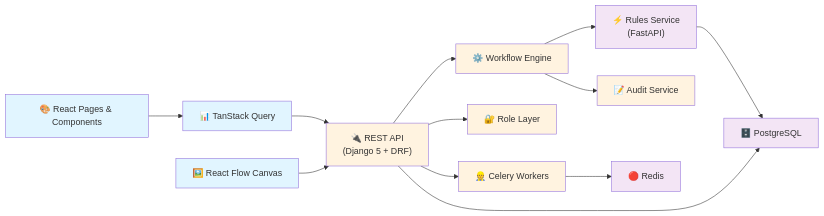
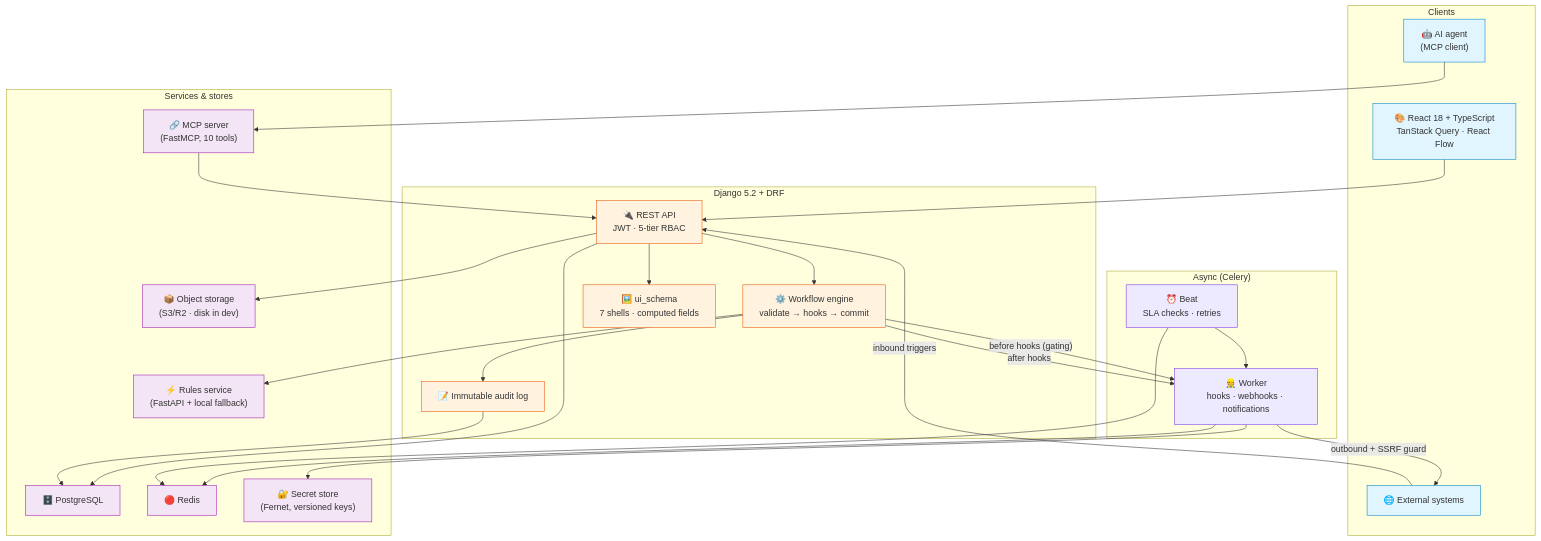
Before and after one commit to TestingCodings/FlowForge: the diagram in README.md, drawn with Mermaid. The commit also changed other lines of this file, not shown here.

````diff
--- a/README.md
+++ b/README.md
@@ -26,40 +28,60 @@
 ```mermaid
-graph LR
-    UI["🎨 React Pages & Components"]
-    TQ["📊 TanStack Query"]
-    RF["🖼️ React Flow Canvas"]
-    
-    API["🔌 REST API<br/>(Django 5 + DRF)"]
-    Engine["⚙️ Workflow Engine"]
-    RulesMS["⚡ Rules Service<br/>(FastAPI)"]
-    AuditSvc["📝 Audit Service"]
-    Perms["🔐 Role Layer"]
-    Celery["👷 Celery Workers"]
-    
-    PG["🗄️ PostgreSQL"]
-    Redis["🔴 Redis"]
-    
-    UI --> TQ
-    TQ --> API
-    RF --> API
-    
+graph TB
+    subgraph clients["Clients"]
+        UI["🎨 React 18 + TypeScript<br/>TanStack Query · React Flow"]
+        Agent["🤖 AI agent<br/>(MCP client)"]
+        Ext["🌐 External systems"]
+    end
+
+    subgraph django["Django 5.2 + DRF"]
+        API["🔌 REST API<br/>JWT · 5-tier RBAC"]
+        Engine["⚙️ Workflow engine<br/>validate → hooks → commit"]
+        Shells["🖼️ ui_schema<br/>7 shells · computed fields"]
+        Audit["📝 Immutable audit log"]
+    end
+
+    subgraph async["Async (Celery)"]
+        Worker["👷 Worker<br/>hooks · webhooks · notifications"]
+        Beat["⏰ Beat<br/>SLA checks · retries"]
+    end
+
+    subgraph stores["Services & stores"]
+        MCP["🔗 MCP server<br/>(FastMCP, 10 tools)"]
+        RulesMS["⚡ Rules service<br/>(FastAPI + local fallback)"]
+        PG["🗄️ PostgreSQL"]
+        Redis["🔴 Redis"]
+        Blob["📦 Object storage<br/>(S3/R2 · disk in dev)"]
+        Secrets["🔐 Secret store<br/>(Fernet, versioned keys)"]
+    end
+
+    UI --> API
+    Agent --> MCP --> API
+    Ext -->|"inbound triggers"| API
+
     API --> Engine
-    API --> Perms
-    API --> Celery
-    
+    API --> Shells
     Engine --> RulesMS
-    Engine --> AuditSvc
-    
-    Celery --> Redis
-    
+    Engine --> Audit
+    Engine -->|"before hooks (gating)"| Worker
+    Engine -->|"after hooks"| Worker
+
+    Worker -->|"outbound + SSRF guard"| Ext
+    Worker --> Secrets
+    Beat --> Worker
+    Worker --> Redis
+    Beat --> Redis
+
     API --> PG
-    RulesMS --> PG
-    
-    classDef frontend fill:#e1f5ff
-    classDef backend fill:#fff3e0
-    classDef services fill:#f3e5f5
-    
-    class UI,TQ,RF frontend
-    class API,Engine,Perms,AuditSvc,Celery backend
-    class RulesMS,PG,Redis services
+    API --> Blob
+    Audit --> PG
+
+    classDef client fill:#e1f5ff,stroke:#0284c7
+    classDef core fill:#fff3e0,stroke:#ea580c
+    classDef queue fill:#ede9fe,stroke:#7c3aed
+    classDef store fill:#f3e5f5,stroke:#a21caf
+
+    class UI,Agent,Ext client
+    class API,Engine,Shells,Audit core
+    class Worker,Beat queue
+    class MCP,RulesMS,PG,Redis,Blob,Secrets store
 ```
````
